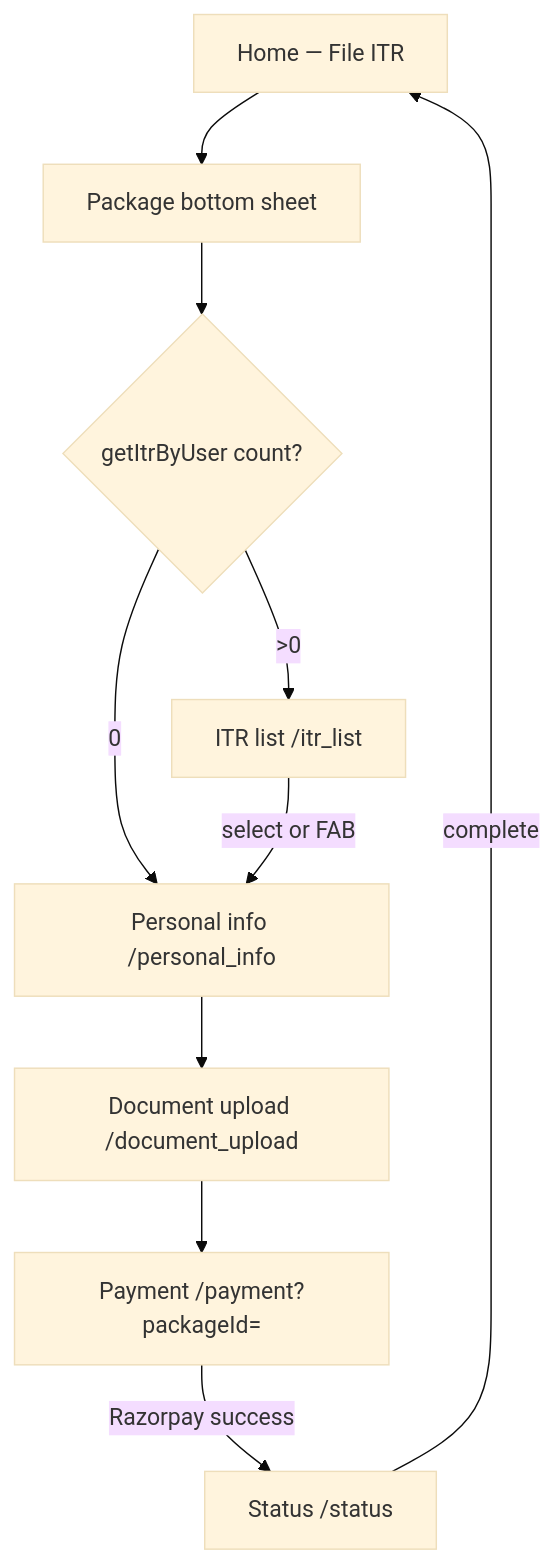
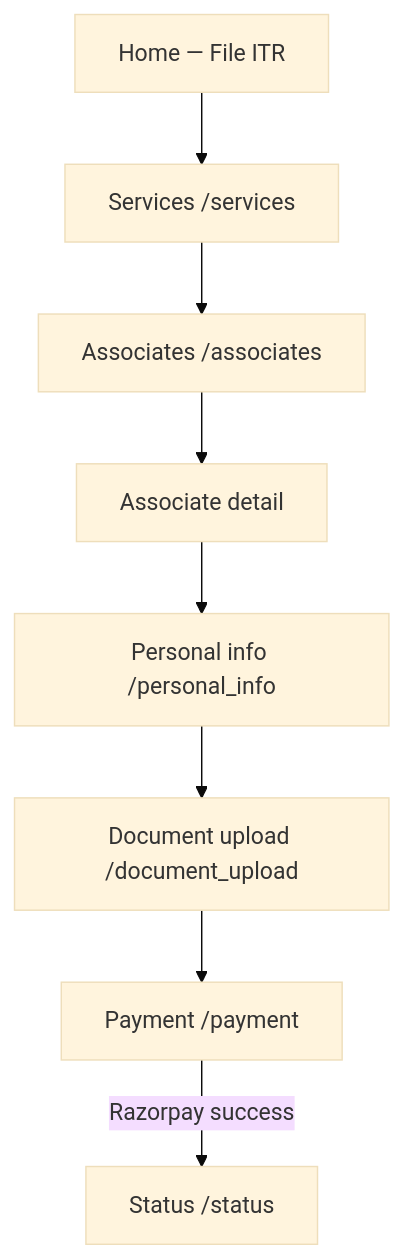
The second of 5 diagrams in docs/WORKFLOWS.md (himanshuyadav146/itr-platform), drawn with Mermaid (base theme) before and after one commit. The commit also changed other lines of this file and 204 other files, not shown here.

````diff
--- a/docs/WORKFLOWS.md
+++ b/docs/WORKFLOWS.md
@@ -31,12 +31,10 @@
 ```mermaid
 flowchart TD
-  H[Home — File ITR] --> P[Package bottom sheet]
-  P --> G{getItrByUser count?}
-  G -->|0| PI[Personal info /personal_info]
-  G -->|>0| IL[ITR list /itr_list]
-  IL -->|select or FAB| PI
+  H[Home — File ITR] --> S[Services /services]
+  S --> A[Associates /associates]
+  A --> D[Associate detail]
+  D --> PI[Personal info /personal_info]
   PI --> DU[Document upload /document_upload]
-  DU --> PAY[Payment /payment?packageId=]
+  DU --> PAY[Payment /payment]
   PAY -->|Razorpay success| ST[Status /status]
-  ST -->|complete| H
 ```
````
